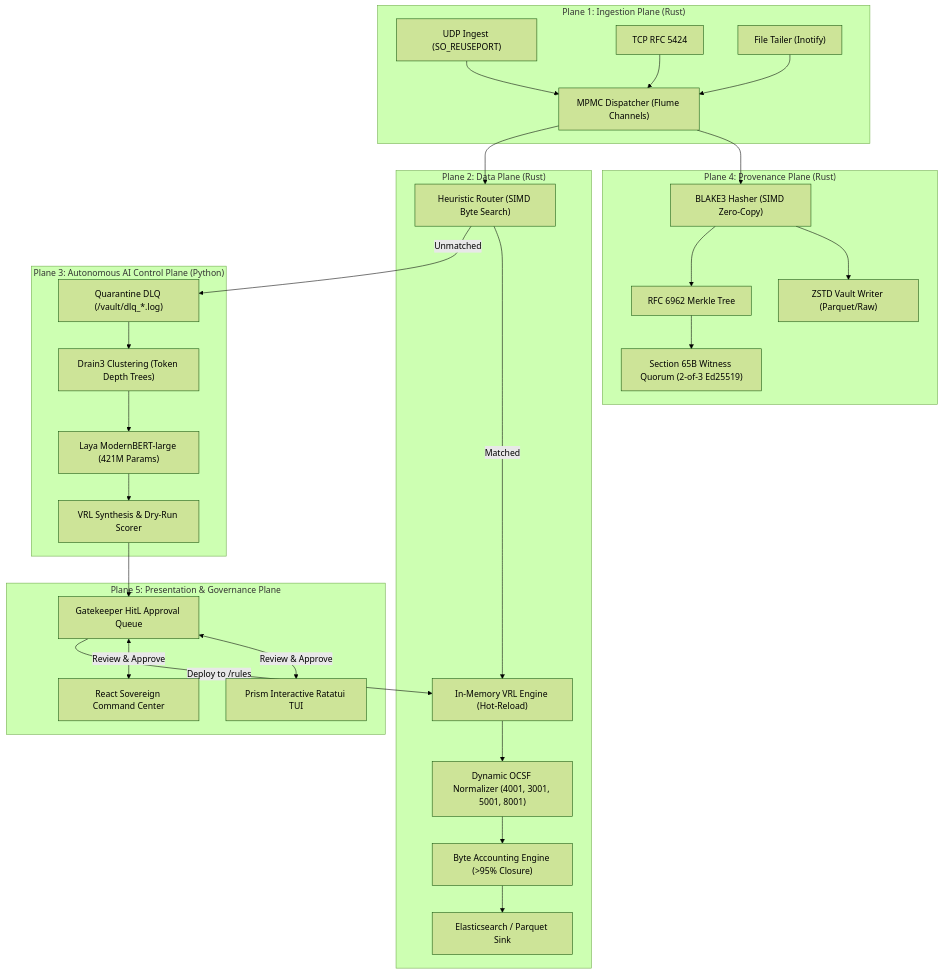
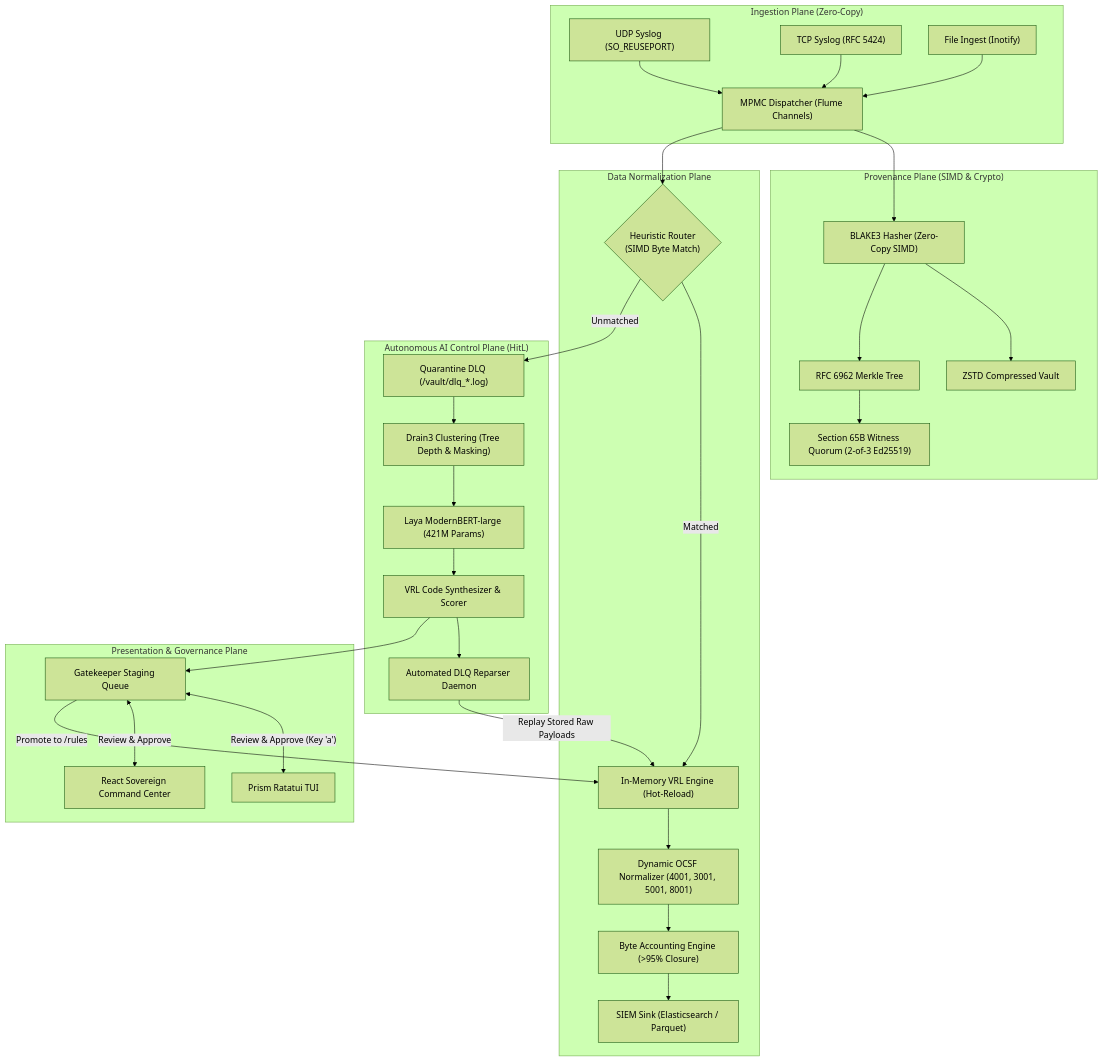
One commit to Aayushbankar/spectre-prism changed the first of 3 diagrams in docs/ARCHITECTURE.md. Above: the diagram before and after it, drawn with Mermaid (forest theme). The commit also changed other lines of this file and 23 other files, not shown here.

Commit message:
feat(docs): visual polish - fixed images, added diagrams, updated metrics, polished README

````diff
--- a/docs/ARCHITECTURE.md
+++ b/docs/ARCHITECTURE.md
@@ -5,57 +16,60 @@
 ```mermaid
-graph TB
-    subgraph P1["Plane 1: Ingestion Plane (Rust)"]
-        UDP["UDP Ingest (SO_REUSEPORT)"]
-        TCP["TCP RFC 5424"]
-        FILE["File Tailer (Inotify)"]
+flowchart TD
+    subgraph INGEST["Ingestion Plane (Zero-Copy)"]
+        UDP["UDP Syslog (SO_REUSEPORT)"]
+        TCP["TCP Syslog (RFC 5424)"]
+        FILE["File Ingest (Inotify)"]
         DISPATCH["MPMC Dispatcher (Flume Channels)"]
         UDP --> DISPATCH
         TCP --> DISPATCH
         FILE --> DISPATCH
     end
 
-    subgraph P4["Plane 4: Provenance Plane (Rust)"]
-        BLAKE3["BLAKE3 Hasher (SIMD Zero-Copy)"]
-        VAULT["ZSTD Vault Writer (Parquet/Raw)"]
+    subgraph PROVENANCE["Provenance Plane (SIMD & Crypto)"]
+        BLAKE3["BLAKE3 Hasher (Zero-Copy SIMD)"]
+        VAULT["ZSTD Compressed Vault"]
         MERKLE["RFC 6962 Merkle Tree"]
         WITNESS["Section 65B Witness Quorum (2-of-3 Ed25519)"]
         DISPATCH --> BLAKE3
         BLAKE3 --> VAULT
         BLAKE3 --> MERKLE
         MERKLE --> WITNESS
     end
 
-    subgraph P2["Plane 2: Data Plane (Rust)"]
-        ROUTER["Heuristic Router (SIMD Byte Search)"]
+    subgraph DATAPLANE["Data Normalization Plane"]
+        ROUTER{"Heuristic Router\n(SIMD Byte Match)"}
         VRL["In-Memory VRL Engine (Hot-Reload)"]
         OCSF["Dynamic OCSF Normalizer (4001, 3001, 5001, 8001)"]
         ACCOUNT["Byte Accounting Engine (>95% Closure)"]
-        SINK["Elasticsearch / Parquet Sink"]
+        SINK["SIEM Sink (Elasticsearch / Parquet)"]
         DISPATCH --> ROUTER
         ROUTER -->|Matched| VRL
         VRL --> OCSF
         OCSF --> ACCOUNT
         ACCOUNT --> SINK
     end
 
-    subgraph P3["Plane 3: Autonomous AI Control Plane (Python)"]
+    subgraph CONTROL["Autonomous AI Control Plane (HitL)"]
         DLQ["Quarantine DLQ (/vault/dlq_*.log)"]
-        DRAIN["Drain3 Clustering (Token Depth Trees)"]
+        DRAIN["Drain3 Clustering (Tree Depth & Masking)"]
         LAYA["Laya ModernBERT-large (421M Params)"]
-        GEN["VRL Synthesis & Dry-Run Scorer"]
+        CODER["VRL Code Synthesizer & Scorer"]
+        REPARSER["Automated DLQ Reparser Daemon"]
         ROUTER -->|Unmatched| DLQ
         DLQ --> DRAIN
         DRAIN --> LAYA
-        LAYA --> GEN
+        LAYA --> CODER
+        CODER --> REPARSER
+        REPARSER -->|Replay Stored Raw Payloads| VRL
     end
 
-    subgraph P5["Plane 5: Presentation & Governance Plane"]
-        TUI["Prism Interactive Ratatui TUI"]
+    subgraph PRESENT["Presentation & Governance Plane"]
+        TUI["Prism Ratatui TUI"]
         WEB["React Sovereign Command Center"]
-        HITL["Gatekeeper HitL Approval Queue"]
-        GEN --> HITL
-        HITL <-->|Review & Approve| TUI
-        HITL <-->|Review & Approve| WEB
-        HITL -->|Deploy to /rules| VRL
+        GATEKEEPER["Gatekeeper Staging Queue"]
+        CODER --> GATEKEEPER
+        GATEKEEPER <-->|"Review & Approve (Key 'a')"| TUI
+        GATEKEEPER <-->|Review & Approve| WEB
+        GATEKEEPER -->|Promote to /rules| VRL
     end
 ```
````
